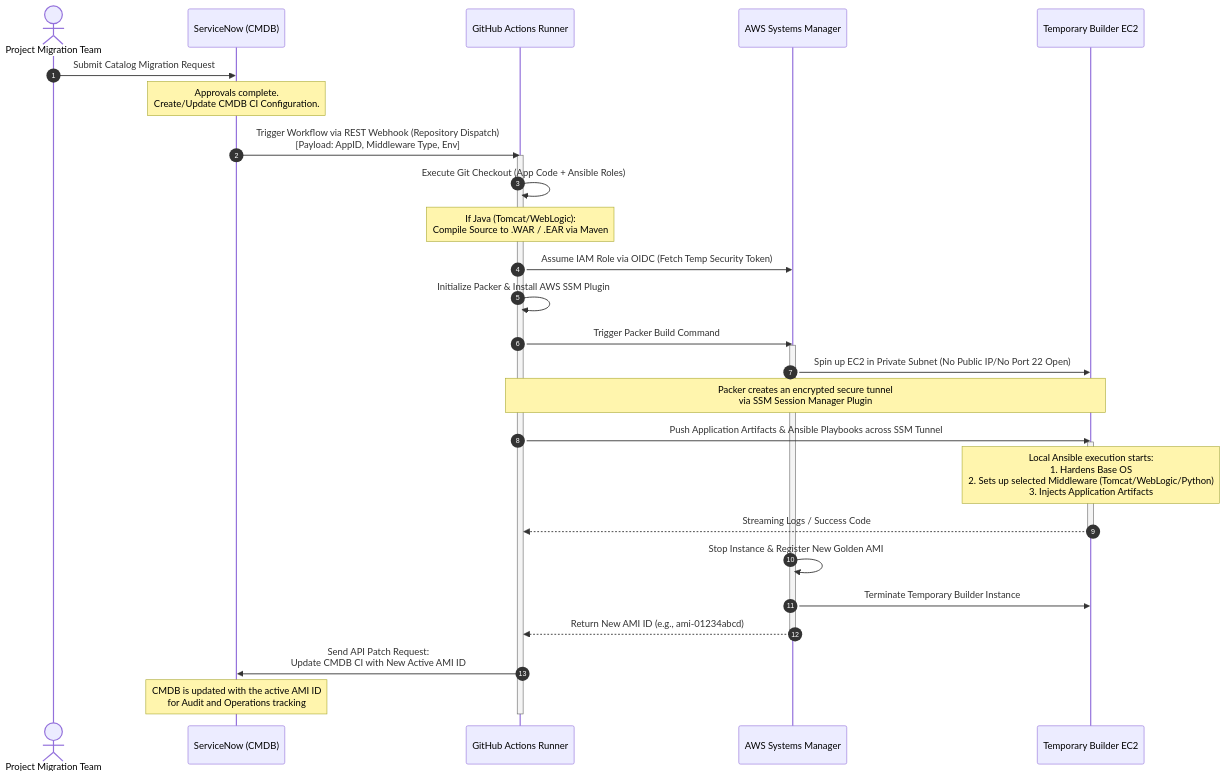
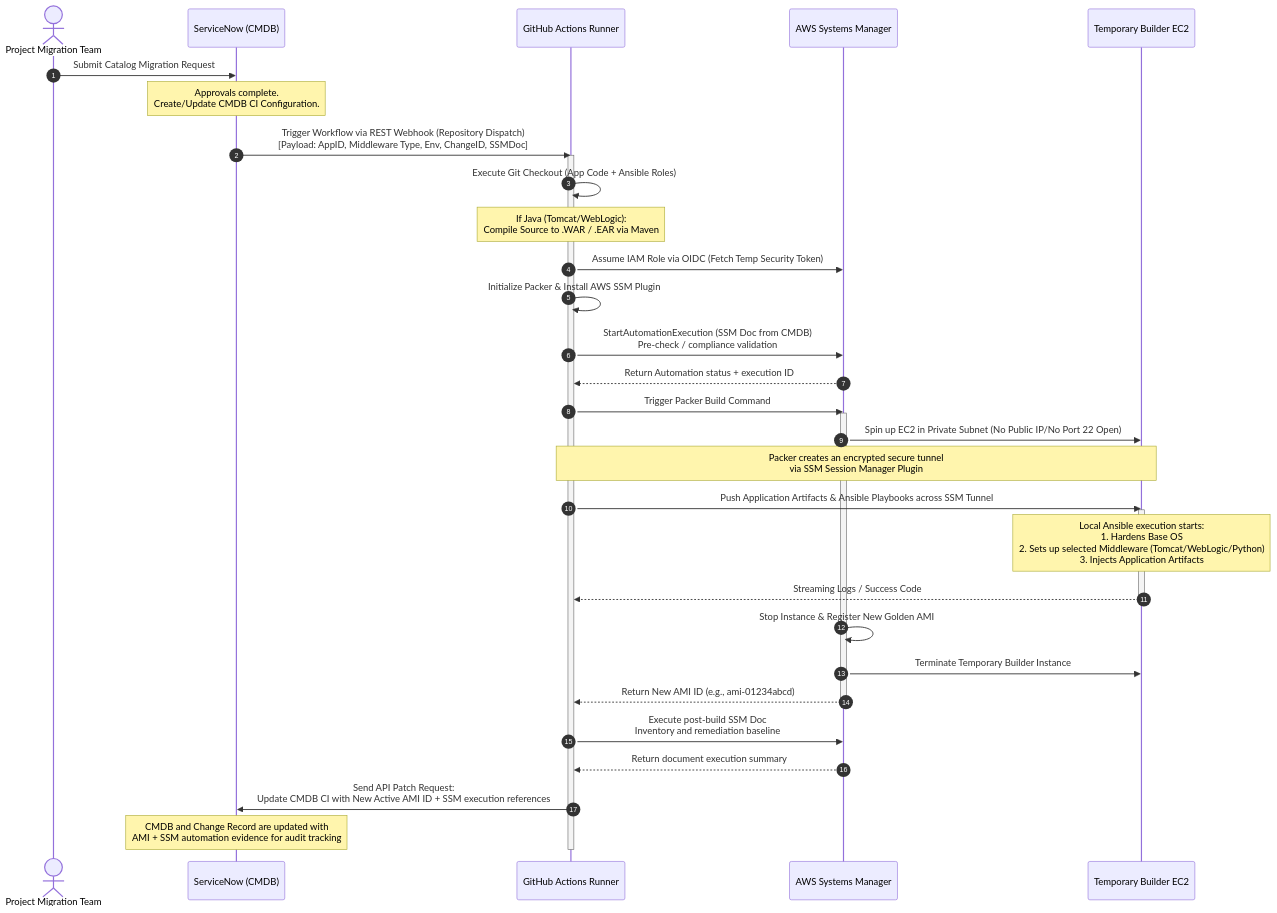
One commit to wingt903/CICD changed the diagram in architecture/sequence-diagram.mmd. Above: the diagram before and after it, drawn with Mermaid. The commit also changed 3 other files, not shown here.

Commit message:
Add SSM document integration to architecture diagrams

```diff
--- a/architecture/sequence-diagram.mmd
+++ b/architecture/sequence-diagram.mmd
@@ -1,42 +1,46 @@
 sequenceDiagram
     autonumber
     actor Team as Project Migration Team
     participant SN as ServiceNow (CMDB)
     participant GH as GitHub Actions Runner
     participant AWS_SSM as AWS Systems Manager
     participant EC2 as Temporary Builder EC2
 
     %% Phase 1: Intake & Governance
     Team->>SN: Submit Catalog Migration Request
     Note over SN: Approvals complete.<br>Create/Update CMDB CI Configuration.
-    SN->>GH: Trigger Workflow via REST Webhook (Repository Dispatch)<br>[Payload: AppID, Middleware Type, Env]
+    SN->>GH: Trigger Workflow via REST Webhook (Repository Dispatch)<br>[Payload: AppID, Middleware Type, Env, ChangeID, SSMDoc]
 
     %% Phase 2: Orchestration & Checkout
     activate GH
     GH->>GH: Execute Git Checkout (App Code + Ansible Roles)
     Note over GH: If Java (Tomcat/WebLogic):<br>Compile Source to .WAR / .EAR via Maven
     GH->>AWS_SSM: Assume IAM Role via OIDC (Fetch Temp Security Token)
     GH->>GH: Initialize Packer & Install AWS SSM Plugin
+    GH->>AWS_SSM: StartAutomationExecution (SSM Doc from CMDB)<br>Pre-check / compliance validation
+    AWS_SSM-->>GH: Return Automation status + execution ID
 
     %% Phase 3: Cloud Execution via SSM
     GH->>AWS_SSM: Trigger Packer Build Command
     activate AWS_SSM
     AWS_SSM->>EC2: Spin up EC2 in Private Subnet (No Public IP/No Port 22 Open)
     Note over GH, EC2: Packer creates an encrypted secure tunnel<br>via SSM Session Manager Plugin
     GH->>EC2: Push Application Artifacts & Ansible Playbooks across SSM Tunnel
 
     %% Phase 4: Inner-Loop Configuration Management
     activate EC2
     Note over EC2: Local Ansible execution starts:<br>1. Hardens Base OS<br>2. Sets up selected Middleware (Tomcat/WebLogic/Python)<br>3. Injects Application Artifacts
     EC2-->>GH: Streaming Logs / Success Code
     deactivate EC2
 
     %% Phase 5: Image Serialization & CMDB Loopback
     AWS_SSM->>AWS_SSM: Stop Instance & Register New Golden AMI
     AWS_SSM->>EC2: Terminate Temporary Builder Instance
     AWS_SSM-->>GH: Return New AMI ID (e.g., ami-01234abcd)
     deactivate AWS_SSM
 
-    GH->>SN: Send API Patch Request:<br>Update CMDB CI with New Active AMI ID
-    Note over SN: CMDB is updated with the active AMI ID<br>for Audit and Operations tracking
+    GH->>AWS_SSM: Execute post-build SSM Doc<br>Inventory and remediation baseline
+    AWS_SSM-->>GH: Return document execution summary
+    GH->>SN: Send API Patch Request:<br>Update CMDB CI with New Active AMI ID + SSM execution references
+    Note over SN: CMDB and Change Record are updated with<br>AMI + SSM automation evidence for audit tracking
     deactivate GH
```
